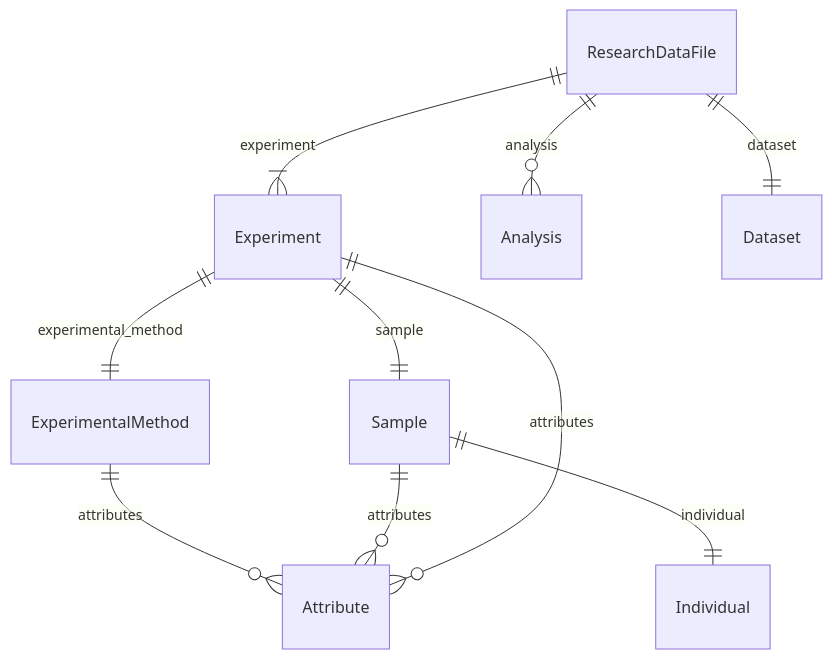
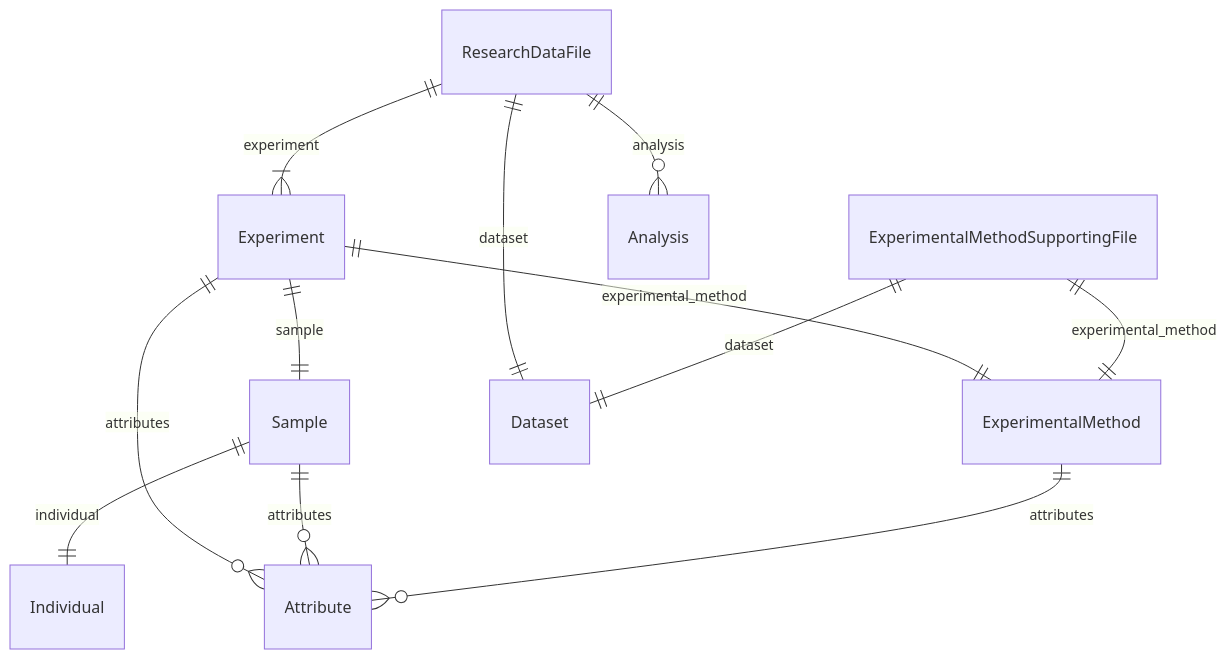
The third of 5 diagrams in docs/entity_relations.md (ghga-de/ghga-metadata-schema), drawn with Mermaid before and after one commit. The commit also changed other lines of this file and 4 other files, not shown here.

````diff
--- a/docs/entity_relations.md
+++ b/docs/entity_relations.md
@@ -133,26 +139,31 @@
 ```mermaid
 erDiagram
+ExperimentalMethodSupportingFile {
+
+}
 ExperimentalMethod {
 
 }
 ResearchDataFile {
 
 }
 Sample {
 
 }
 Experiment {
 
 }
 
+ExperimentalMethodSupportingFile ||--|| ExperimentalMethod : "experimental_method"
+ExperimentalMethodSupportingFile ||--|| Dataset : "dataset"
 ExperimentalMethod ||--}o Attribute : "attributes"
 ResearchDataFile ||--}| Experiment : "experiment"
 ResearchDataFile ||--}o Analysis : "analysis"
 ResearchDataFile ||--|| Dataset : "dataset"
 Sample ||--|| Individual : "individual"
 Sample ||--}o Attribute : "attributes"
 Experiment ||--|| ExperimentalMethod : "experimental_method"
 Experiment ||--|| Sample : "sample"
 Experiment ||--}o Attribute : "attributes"
 
 ```
````
